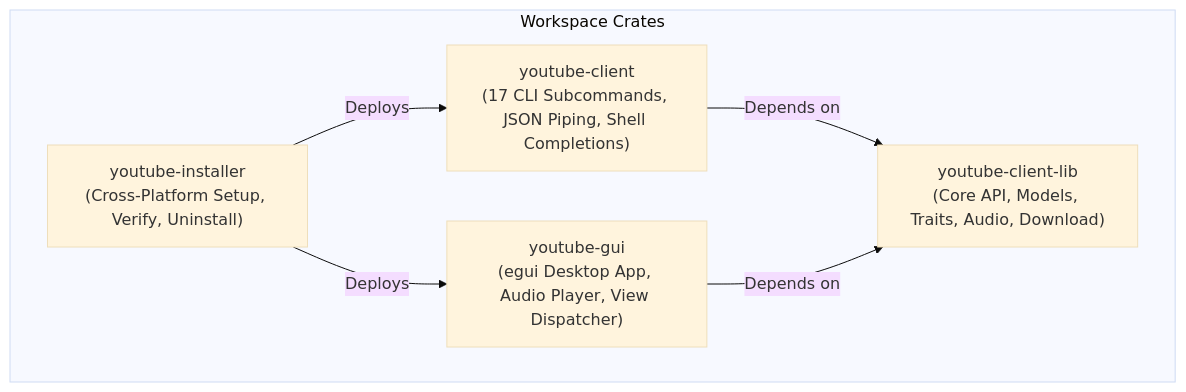
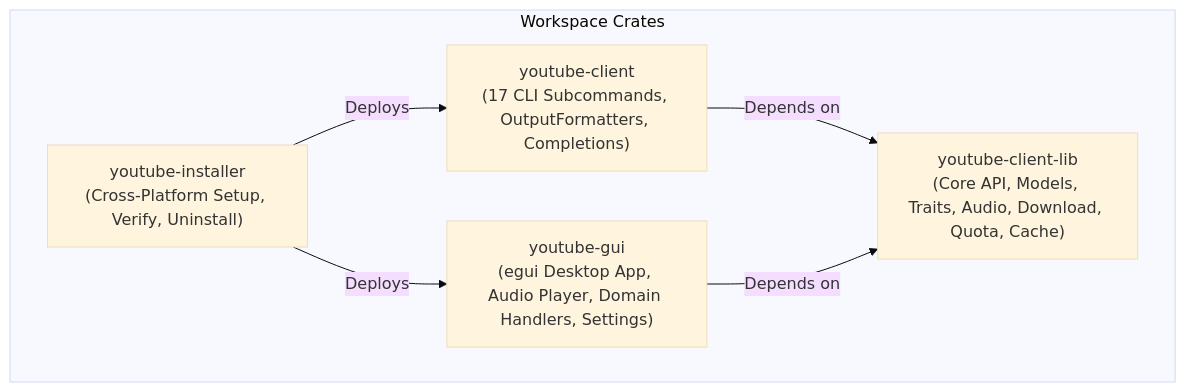
One commit to clockworkengineer/youtube-client changed the diagram in README.md. Above: the diagram before and after it, drawn with Mermaid (base theme). The commit also changed other lines of this file and 20 other files, not shown here.

Commit message:
docs: overhaul documentation suite for v0.2.0, solid architecture, and dedicated crate readmes

````diff
--- a/README.md
+++ b/README.md
@@ -12,14 +14,14 @@
 ```mermaid
 graph TD
     subgraph "Workspace Crates"
-        LIB["youtube-client-lib<br/>(Core API, Models, Traits, Audio, Download)"]
-        CLI["youtube-client<br/>(17 CLI Subcommands, JSON Piping, Shell Completions)"]
-        GUI["youtube-gui<br/>(egui Desktop App, Audio Player, View Dispatcher)"]
+        LIB["youtube-client-lib<br/>(Core API, Models, Traits, Audio, Download, Quota, Cache)"]
+        CLI["youtube-client<br/>(17 CLI Subcommands, OutputFormatters, Completions)"]
+        GUI["youtube-gui<br/>(egui Desktop App, Audio Player, Domain Handlers, Settings)"]
         INST["youtube-installer<br/>(Cross-Platform Setup, Verify, Uninstall)"]
     end
 
     CLI -->|Depends on| LIB
     GUI -->|Depends on| LIB
     INST -->|Deploys| CLI
     INST -->|Deploys| GUI
 ```
````
